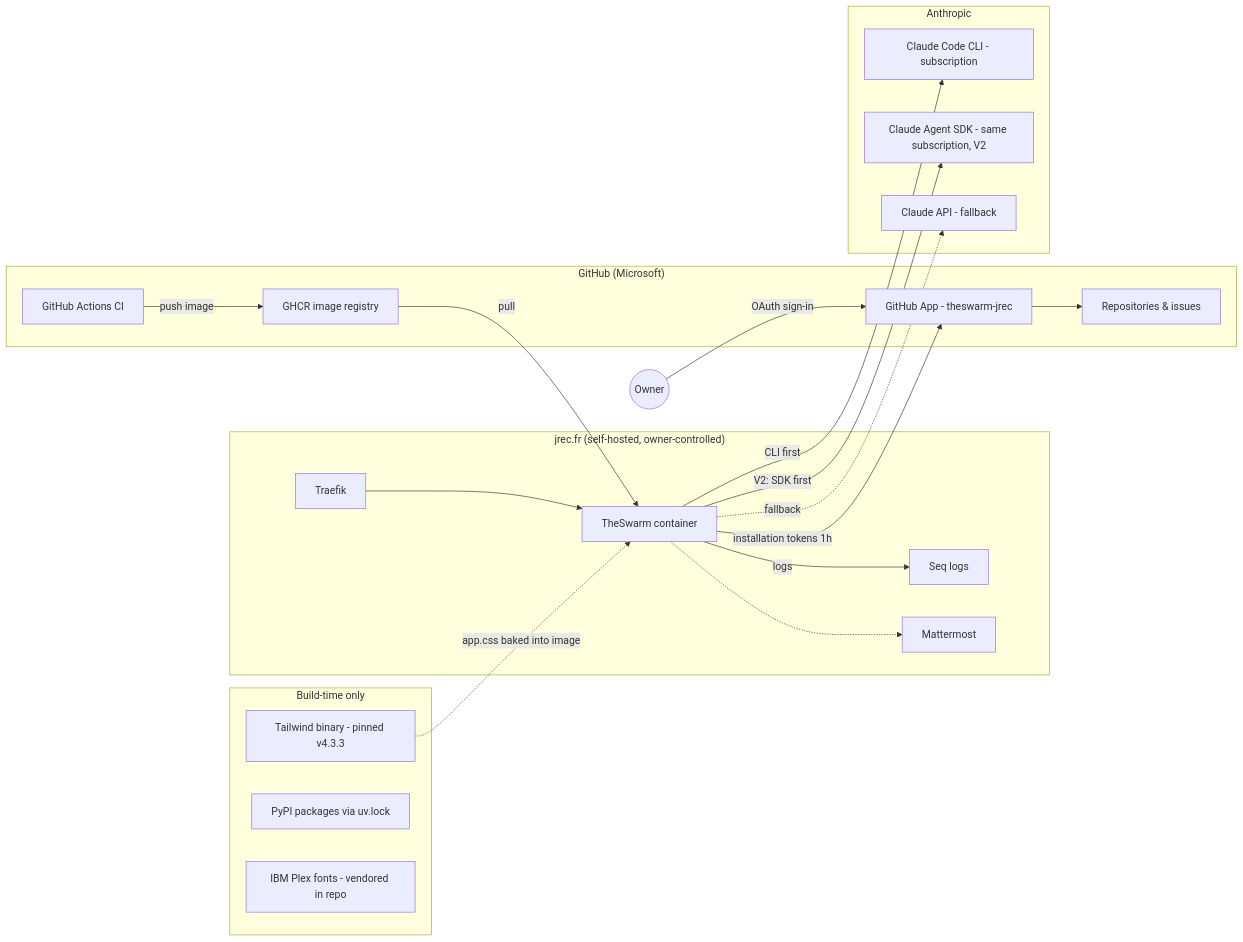
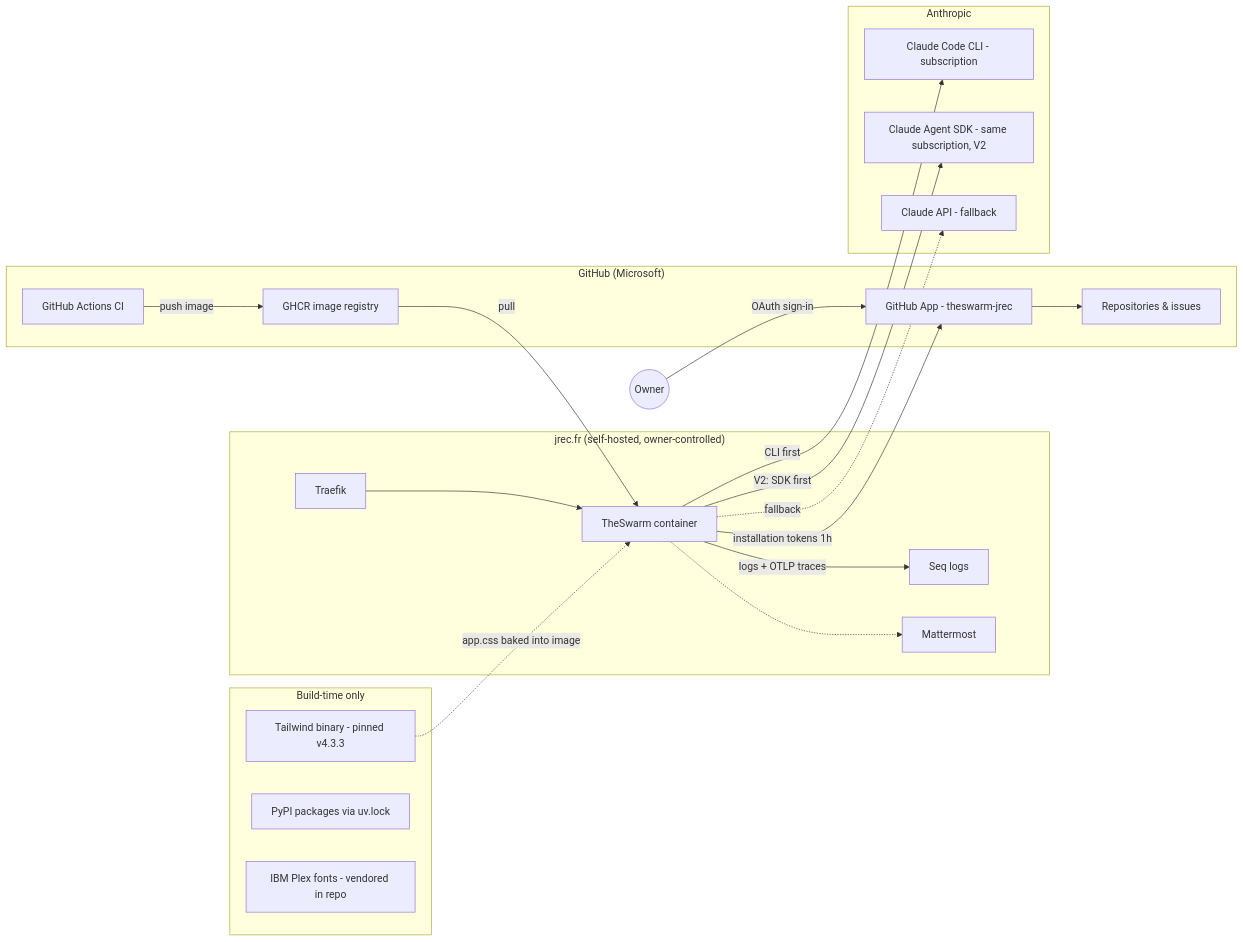
The diagram in docs/DEPENDENCIES.md (jrechet/theswarm), drawn with Mermaid before and after one commit. The commit also changed other lines of this file and 22 other files, not shown here.

````diff
--- a/docs/DEPENDENCIES.md
+++ b/docs/DEPENDENCIES.md
@@ -7,40 +7,40 @@
 ```mermaid
 flowchart LR
     subgraph Serving["jrec.fr (self-hosted, owner-controlled)"]
         SWARM[TheSwarm container]
         TRAEFIK[Traefik]
         SEQ[Seq logs]
         MM[Mattermost]
     end
 
     subgraph GitHub["GitHub (Microsoft)"]
         GHREPOS[Repositories & issues]
         GHAPP[GitHub App - theswarm-jrec]
         GHCR[GHCR image registry]
         GHA[GitHub Actions CI]
     end
 
     subgraph Anthropic["Anthropic"]
         CLI[Claude Code CLI - subscription]
         SDK[Claude Agent SDK - same subscription, V2]
         API[Claude API - fallback]
     end
 
     subgraph Buildtime["Build-time only"]
         TW[Tailwind binary - pinned v4.3.3]
         PYPI[PyPI packages via uv.lock]
         PLEX[IBM Plex fonts - vendored in repo]
     end
 
     USER((Owner)) -->|OAuth sign-in| GHAPP
     TRAEFIK --> SWARM
     SWARM -->|installation tokens 1h| GHAPP
     GHAPP --> GHREPOS
     SWARM -->|CLI first| CLI
     SWARM -->|V2: SDK first| SDK
     SWARM -.->|fallback| API
-    SWARM -->|logs| SEQ
+    SWARM -->|logs + OTLP traces| SEQ
     SWARM -.-> MM
     GHA -->|push image| GHCR -->|pull| SWARM
     TW -.->|app.css baked into image| SWARM
 ```
````
